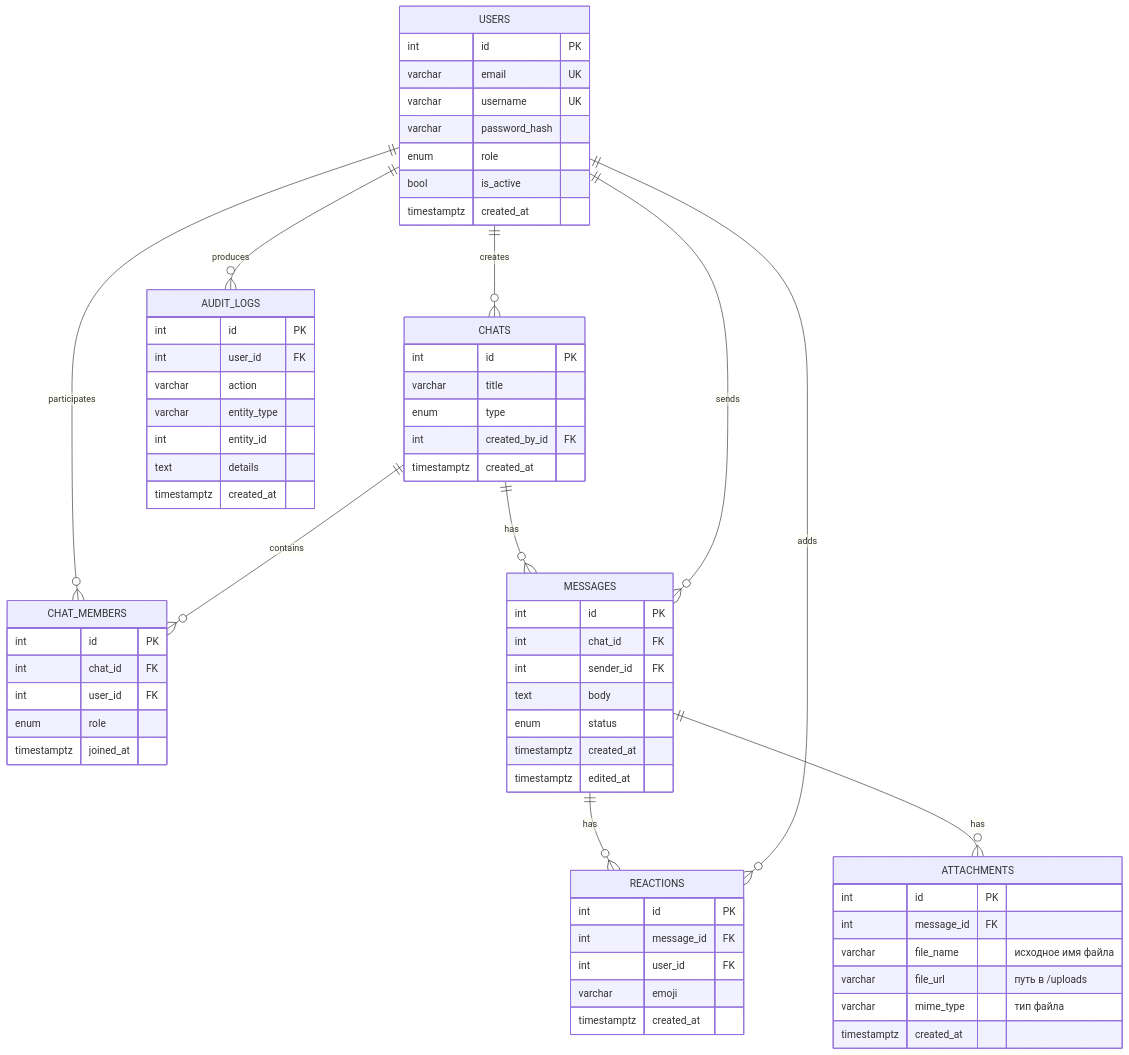
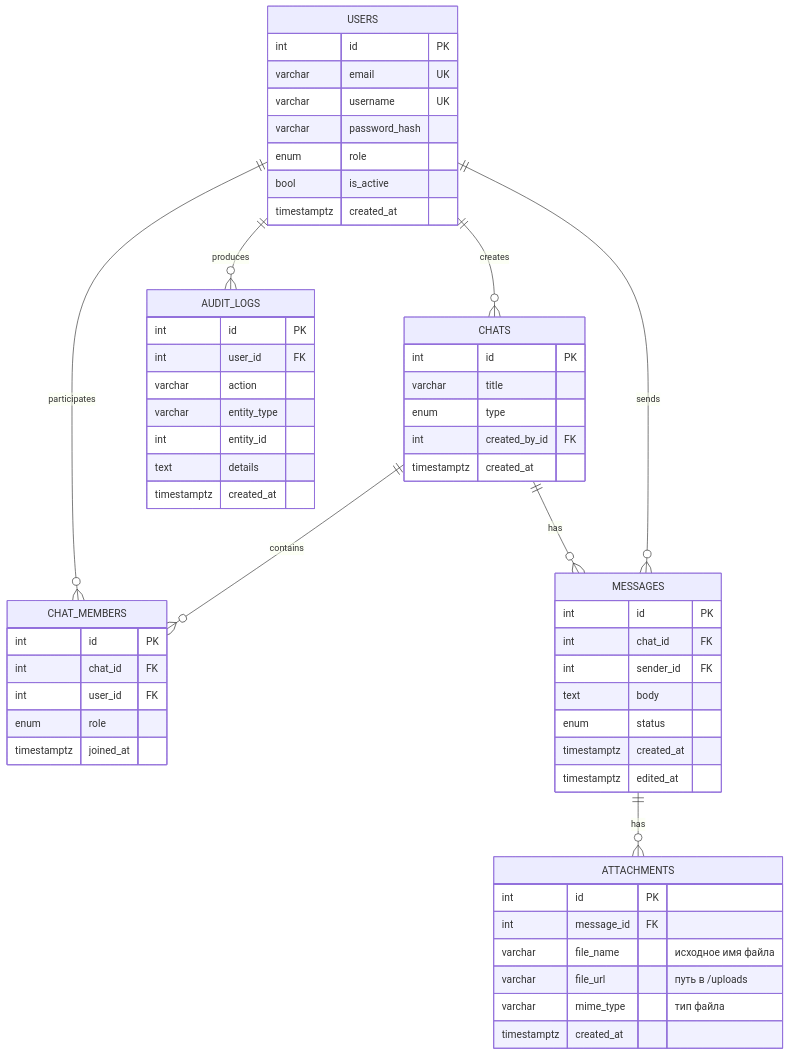
The diagram in docs/er_diagram.md (yumio-sh22/messenger_vk), drawn with Mermaid before and after one commit. The commit also changed other lines of this file, not shown here.

Commit message:
Update ER diagram

````diff
--- a/docs/er_diagram.md
+++ b/docs/er_diagram.md
@@ -3,75 +3,65 @@
 ```mermaid
 erDiagram
     USERS ||--o{ CHAT_MEMBERS : participates
     CHATS ||--o{ CHAT_MEMBERS : contains
     USERS ||--o{ CHATS : creates
     CHATS ||--o{ MESSAGES : has
     USERS ||--o{ MESSAGES : sends
-    MESSAGES ||--o{ REACTIONS : has
-    USERS ||--o{ REACTIONS : adds
     MESSAGES ||--o{ ATTACHMENTS : has
     USERS ||--o{ AUDIT_LOGS : produces
 
     USERS {
         int id PK
         varchar email UK
         varchar username UK
         varchar password_hash
         enum role
         bool is_active
         timestamptz created_at
     }
 
     CHATS {
         int id PK
         varchar title
         enum type
         int created_by_id FK
         timestamptz created_at
     }
 
     CHAT_MEMBERS {
         int id PK
         int chat_id FK
         int user_id FK
         enum role
         timestamptz joined_at
     }
 
     MESSAGES {
         int id PK
         int chat_id FK
         int sender_id FK
         text body
         enum status
         timestamptz created_at
         timestamptz edited_at
     }
 
-    REACTIONS {
-        int id PK
-        int message_id FK
-        int user_id FK
-        varchar emoji
-        timestamptz created_at
-    }
-
     ATTACHMENTS {
         int id PK
         int message_id FK
         varchar file_name "исходное имя файла"
         varchar file_url "путь в /uploads"
         varchar mime_type "тип файла"
         timestamptz created_at
     }
 
     AUDIT_LOGS {
         int id PK
         int user_id FK
         varchar action
         varchar entity_type
         int entity_id
         text details
         timestamptz created_at
     }
 ```
````
